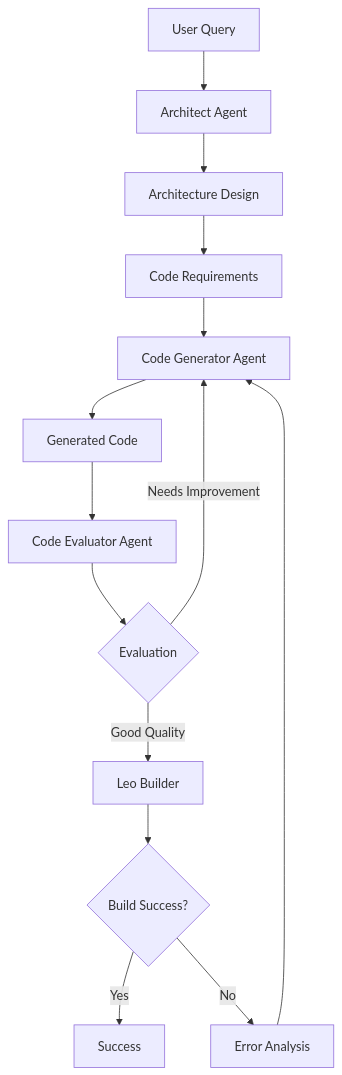
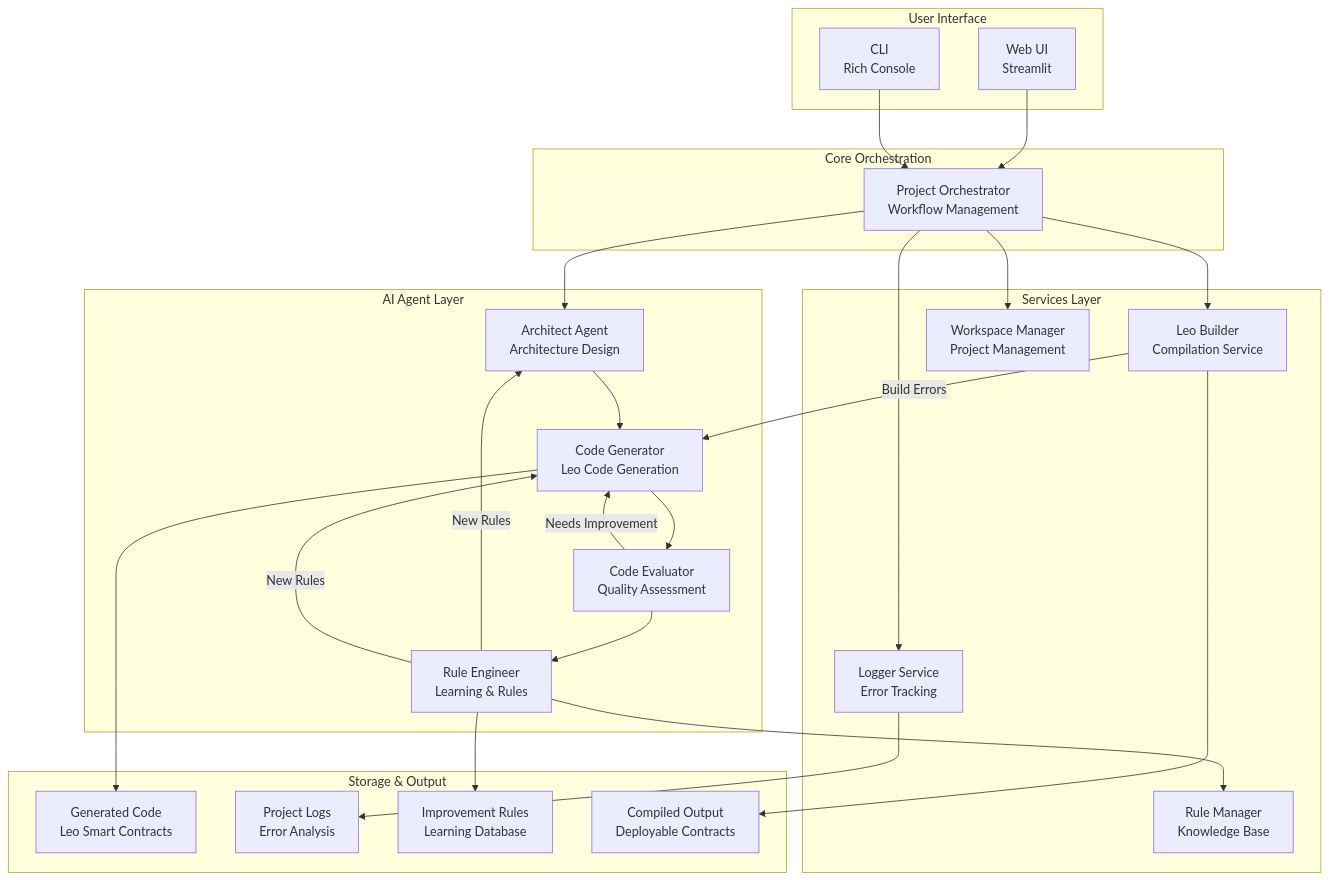
The diagram in README.md (Authentiquo/LeoForge), drawn with Mermaid before and after one commit. The commit also changed other lines of this file and 28 other files, not shown here.

Commit message:
Refactor Streamlit integration and remove unused files; update environment configuration and README for clarity.

````diff
--- a/README.md
+++ b/README.md
@@ -108,16 +218,60 @@
 ```mermaid
-graph TD
-    A[User Query] --> B[Architect Agent]
-    B --> C[Architecture Design]
-    C --> D[Code Requirements]
-    D --> E[Code Generator Agent]
-    E --> F[Generated Code]
-    F --> G[Code Evaluator Agent]
-    G --> H{Evaluation}
-    H -->|Good Quality| I[Leo Builder]
-    H -->|Needs Improvement| E
-    I --> J{Build Success?}
-    J -->|Yes| K[Success]
-    J -->|No| L[Error Analysis]
-    L --> E
+graph TB
+    subgraph "User Interface"
+        A[Web UI<br/>Streamlit] 
+        B[CLI<br/>Rich Console]
+    end
+    
+    subgraph "Core Orchestration"
+        C[Project Orchestrator<br/>Workflow Management]
+    end
+    
+    subgraph "AI Agent Layer"
+        D[Architect Agent<br/>Architecture Design]
+        E[Code Generator<br/>Leo Code Generation]
+        F[Code Evaluator<br/>Quality Assessment]
+        G[Rule Engineer<br/>Learning & Rules]
+    end
+    
+    subgraph "Services Layer"
+        H[Leo Builder<br/>Compilation Service]
+        I[Workspace Manager<br/>Project Management]
+        J[Logger Service<br/>Error Tracking]
+        K[Rule Manager<br/>Knowledge Base]
+    end
+    
+    subgraph "Storage & Output"
+        L[Generated Code<br/>Leo Smart Contracts]
+        M[Project Logs<br/>Error Analysis]
+        N[Improvement Rules<br/>Learning Database]
+        O[Compiled Output<br/>Deployable Contracts]
+    end
+    
+    %% User Interface Flow
+    A --> C
+    B --> C
+    
+    %% Core Agent Workflow
+    C --> D
+    D --> E
+    E --> F
+    F --> G
+    
+    %% Service Integration
+    C --> H
+    C --> I
+    C --> J
+    G --> K
+    
+    %% Feedback Loops
+    F -->|Needs Improvement| E
+    H -->|Build Errors| E
+    G -->|New Rules| D
+    G -->|New Rules| E
+    
+    %% Output Generation
+    E --> L
+    J --> M
+    G --> N
+    H --> O
 ```
````
